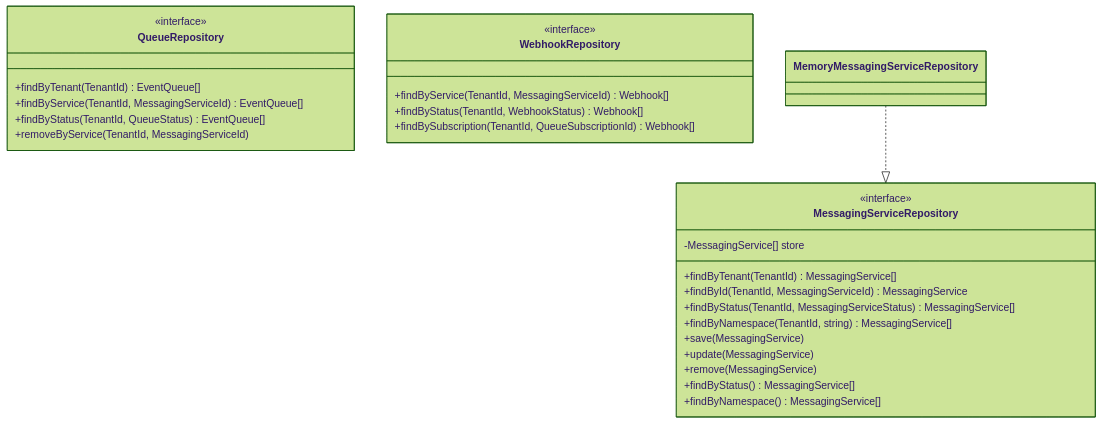
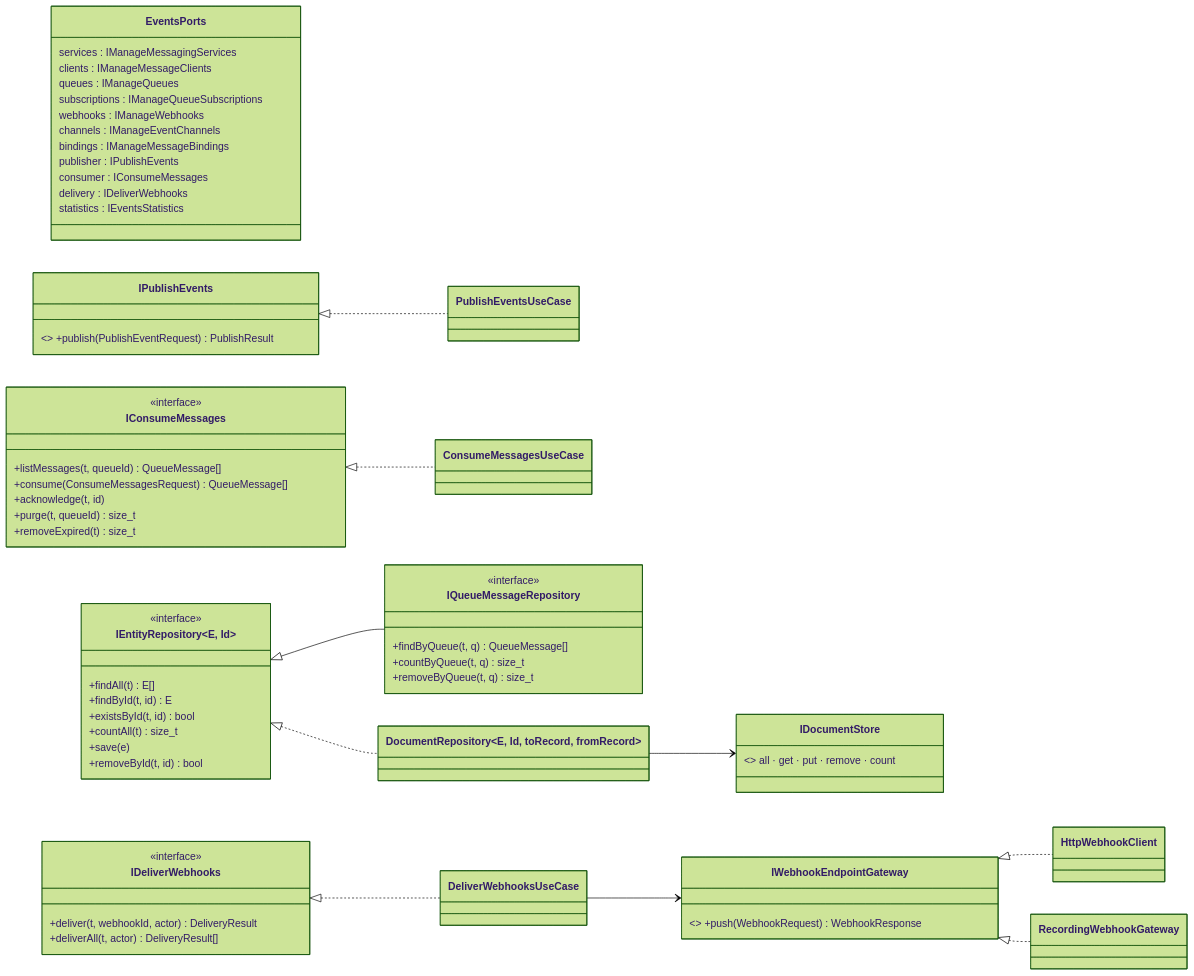
One commit to UIMSolutions/uim-platform changed the fourth of 9 diagrams in events/UML.md. Above: the diagram before and after it, drawn with Mermaid (forest theme). The commit also changed other lines of this file and 57 other files, not shown here.

````diff
--- a/events/UML.md
+++ b/events/UML.md
@@ -122,36 +263,65 @@
 ```mermaid
 classDiagram
-    class MessagingServiceRepository {
-        <<interface>>
-        +findByTenant(TenantId) MessagingService[]
-        +findById(TenantId, MessagingServiceId) MessagingService
-        +findByStatus(TenantId, MessagingServiceStatus) MessagingService[]
-        +findByNamespace(TenantId, string) MessagingService[]
-        +save(MessagingService)
-        +update(MessagingService)
-        +remove(MessagingService)
-    }
+  direction LR
+  class EventsPorts {
+    services : IManageMessagingServices
+    clients : IManageMessageClients
+    queues : IManageQueues
+    subscriptions : IManageQueueSubscriptions
+    webhooks : IManageWebhooks
+    channels : IManageEventChannels
+    bindings : IManageMessageBindings
+    publisher : IPublishEvents
+    consumer : IConsumeMessages
+    delivery : IDeliverWebhooks
+    statistics : IEventsStatistics
+  }
+  class IPublishEvents { <<interface>> +publish(PublishEventRequest) PublishResult }
+  class IConsumeMessages {
+    <<interface>>
+    +listMessages(t, queueId) QueueMessage[]
+    +consume(ConsumeMessagesRequest) QueueMessage[]
+    +acknowledge(t, id)
+    +purge(t, queueId) size_t
+    +removeExpired(t) size_t
+  }
+  class IDeliverWebhooks {
+    <<interface>>
+    +deliver(t, webhookId, actor) DeliveryResult
+    +deliverAll(t, actor) DeliveryResult[]
+  }
+  class IEntityRepository~E, Id~ {
+    <<interface>>
+    +findAll(t) E[]
+    +findById(t, id) E
+    +existsById(t, id) bool
+    +countAll(t) size_t
+    +save(e)
+    +removeById(t, id) bool
+  }
+  class IQueueMessageRepository {
+    <<interface>>
+    +findByQueue(t, q) QueueMessage[]
+    +countByQueue(t, q) size_t
+    +removeByQueue(t, q) size_t
+  }
+  class IWebhookEndpointGateway { <<interface>> +push(WebhookRequest) WebhookResponse }
+  class IDocumentStore { <<interface>> all · get · put · remove · count }
 
-    class QueueRepository {
-        <<interface>>
-        +findByTenant(TenantId) EventQueue[]
-        +findByService(TenantId, MessagingServiceId) EventQueue[]
-        +findByStatus(TenantId, QueueStatus) EventQueue[]
-        +removeByService(TenantId, MessagingServiceId)
-    }
+  class PublishEventsUseCase
+  class ConsumeMessagesUseCase
+  class DeliverWebhooksUseCase
+  class DocumentRepository~E, Id, toRecord, fromRecord~
+  class HttpWebhookClient
+  class RecordingWebhookGateway
 
-    class WebhookRepository {
-        <<interface>>
-        +findByService(TenantId, MessagingServiceId) Webhook[]
-        +findByStatus(TenantId, WebhookStatus) Webhook[]
-        +findBySubscription(TenantId, QueueSubscriptionId) Webhook[]
-    }
-
-    class MessagingServiceRepository {
-        -MessagingService[] store
-        +findByStatus() MessagingService[]
-        +findByNamespace() MessagingService[]
-    }
-
-    MemoryMessagingServiceRepository ..|> MessagingServiceRepository
+  IPublishEvents <|.. PublishEventsUseCase
+  IConsumeMessages <|.. ConsumeMessagesUseCase
+  IDeliverWebhooks <|.. DeliverWebhooksUseCase
+  IEntityRepository <|-- IQueueMessageRepository
+  IEntityRepository <|.. DocumentRepository
+  IWebhookEndpointGateway <|.. HttpWebhookClient
+  IWebhookEndpointGateway <|.. RecordingWebhookGateway
+  DeliverWebhooksUseCase --> IWebhookEndpointGateway
+  DocumentRepository --> IDocumentStore
 ```
````
